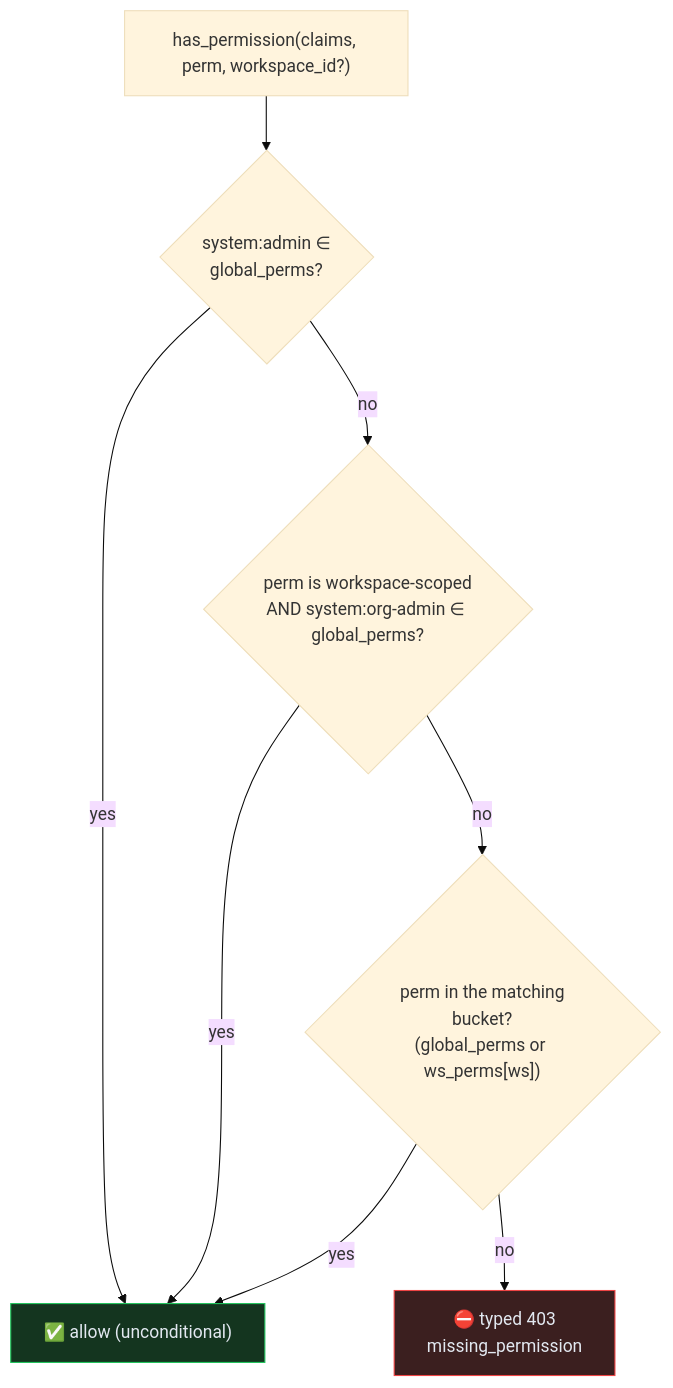
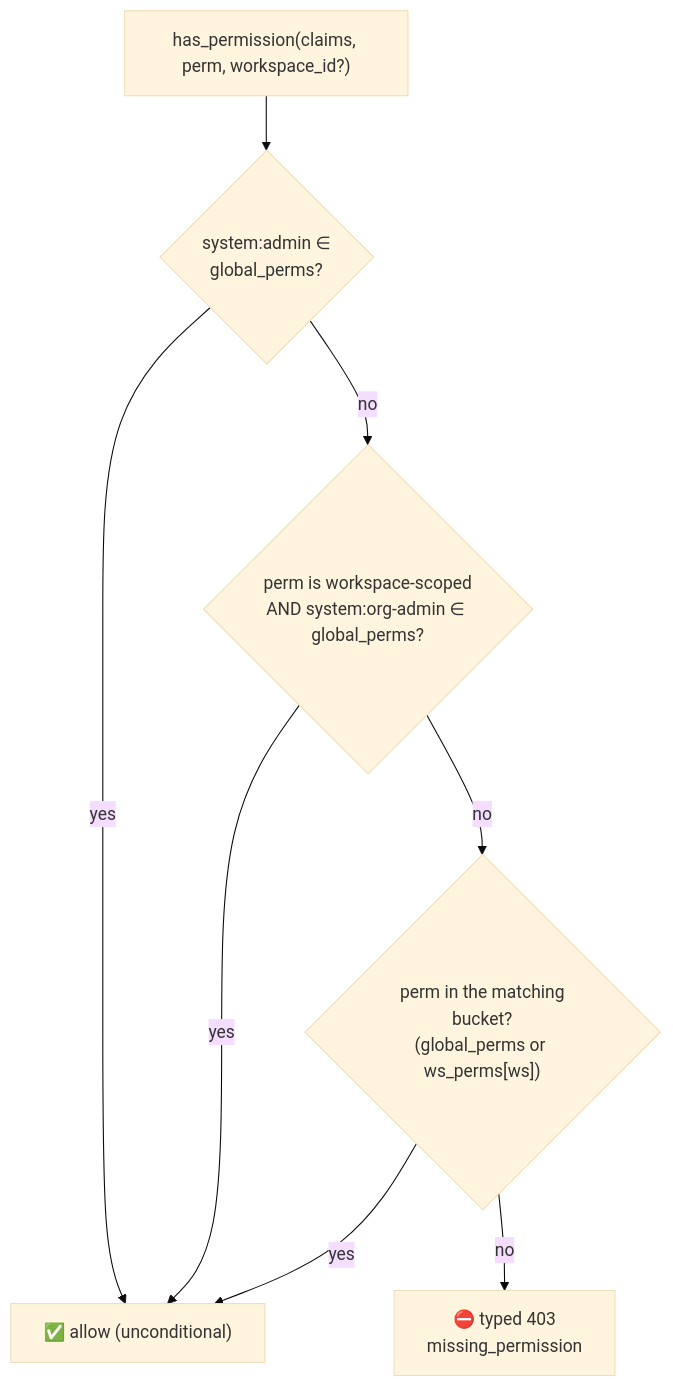
One commit to rkrumins/dataviz changed the diagram in docs/RBAC.md. Above: the diagram before and after it, drawn with Mermaid (base theme). The commit also changed 46 other files, not shown here.

````diff
--- a/docs/RBAC.md
+++ b/docs/RBAC.md
@@ -83,12 +83,10 @@
 ```mermaid
 flowchart TD
     Q["has_permission(claims, perm, workspace_id?)"] --> A{"system:admin ∈<br/>global_perms?"}
     A -->|"yes"| ALLOW["✅ allow (unconditional)"]
     A -->|"no"| B{"perm is workspace-scoped<br/>AND system:org-admin ∈ global_perms?"}
     B -->|"yes"| ALLOW
     B -->|"no"| C{"perm in the matching<br/>bucket?<br/>(global_perms or ws_perms[ws])"}
     C -->|"yes"| ALLOW
     C -->|"no"| DENY["⛔ typed 403<br/>missing_permission"]
-    style ALLOW fill:#14351f,stroke:#22c55e,color:#e2e8f0
-    style DENY fill:#3b1f1f,stroke:#ef4444,color:#e2e8f0
 ```
````
